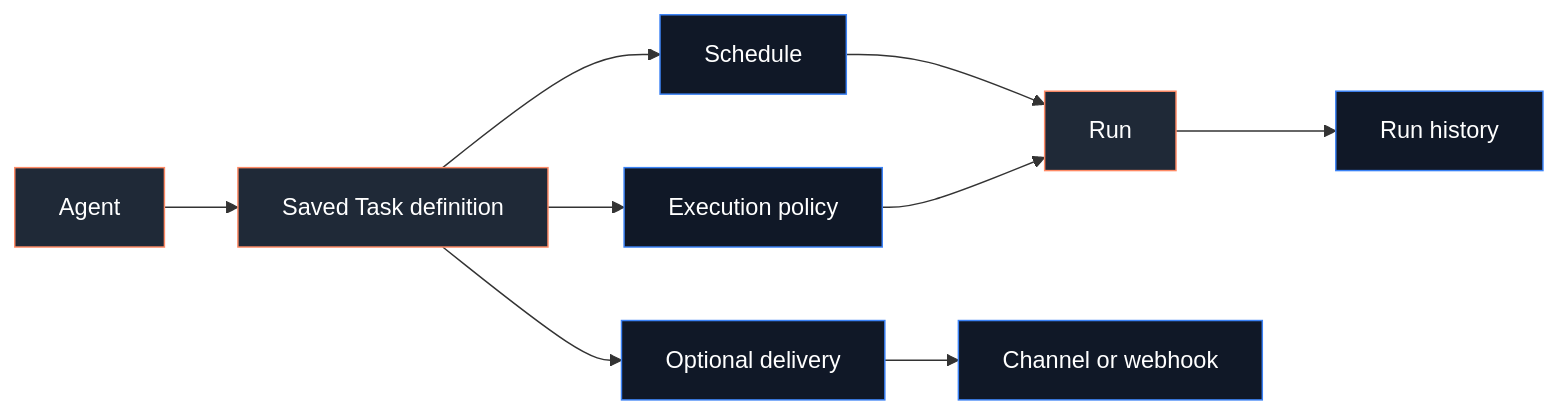
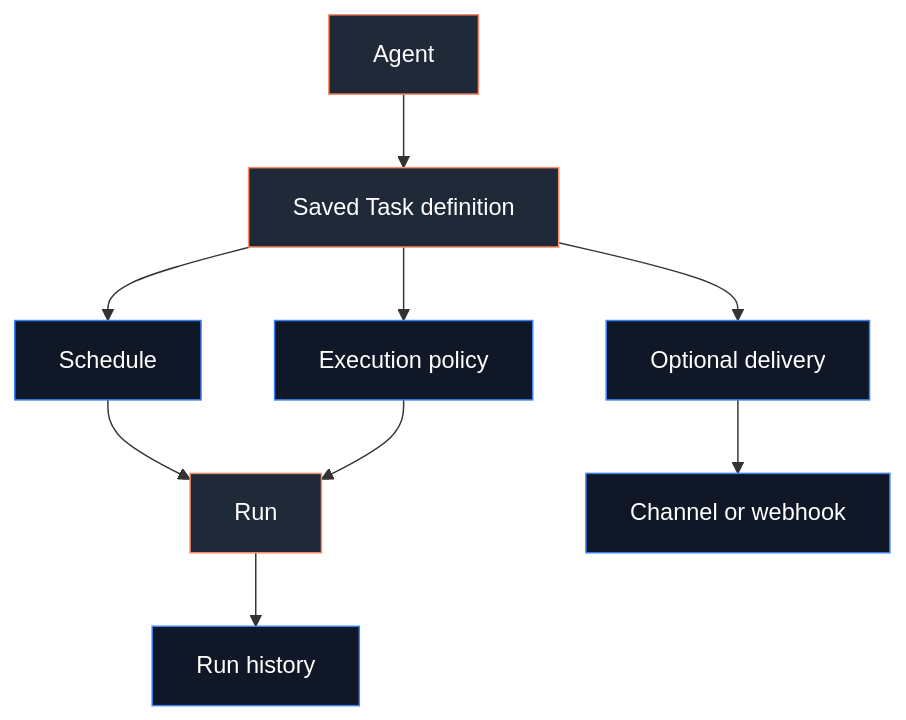
The diagram in docs/automation/cron-jobs.md (fased-ai/fased), drawn with Mermaid before and after one commit. The commit also changed other lines of this file and 264 other files, not shown here.

````diff
--- a/docs/automation/cron-jobs.md
+++ b/docs/automation/cron-jobs.md
@@ -19,16 +19,16 @@
 ```mermaid
-flowchart LR
-  Agent[Agent] --> Definition[Saved Task definition]
-  Definition --> Schedule[Schedule]
-  Definition --> Policy[Execution policy]
-  Definition --> Delivery[Optional delivery]
-  Schedule --> Run[Run]
+flowchart TD
+  Agent["Agent"] --> Definition["Saved Task definition"]
+  Definition --> Schedule["Schedule"]
+  Definition --> Policy["Execution policy"]
+  Definition --> Delivery["Optional delivery"]
+  Schedule --> Run["Run"]
   Policy --> Run
-  Run --> History[Run history]
-  Delivery --> Target[Channel or webhook]
+  Run --> History["Run history"]
+  Delivery --> Target["Channel or webhook"]
 
   classDef main fill:#1f2937,stroke:#ff8a65,color:#ffffff
   classDef aux fill:#101827,stroke:#3b82f6,color:#ffffff
   class Agent,Definition,Run main
   class Schedule,Policy,Delivery,History,Target aux
 ```
````
